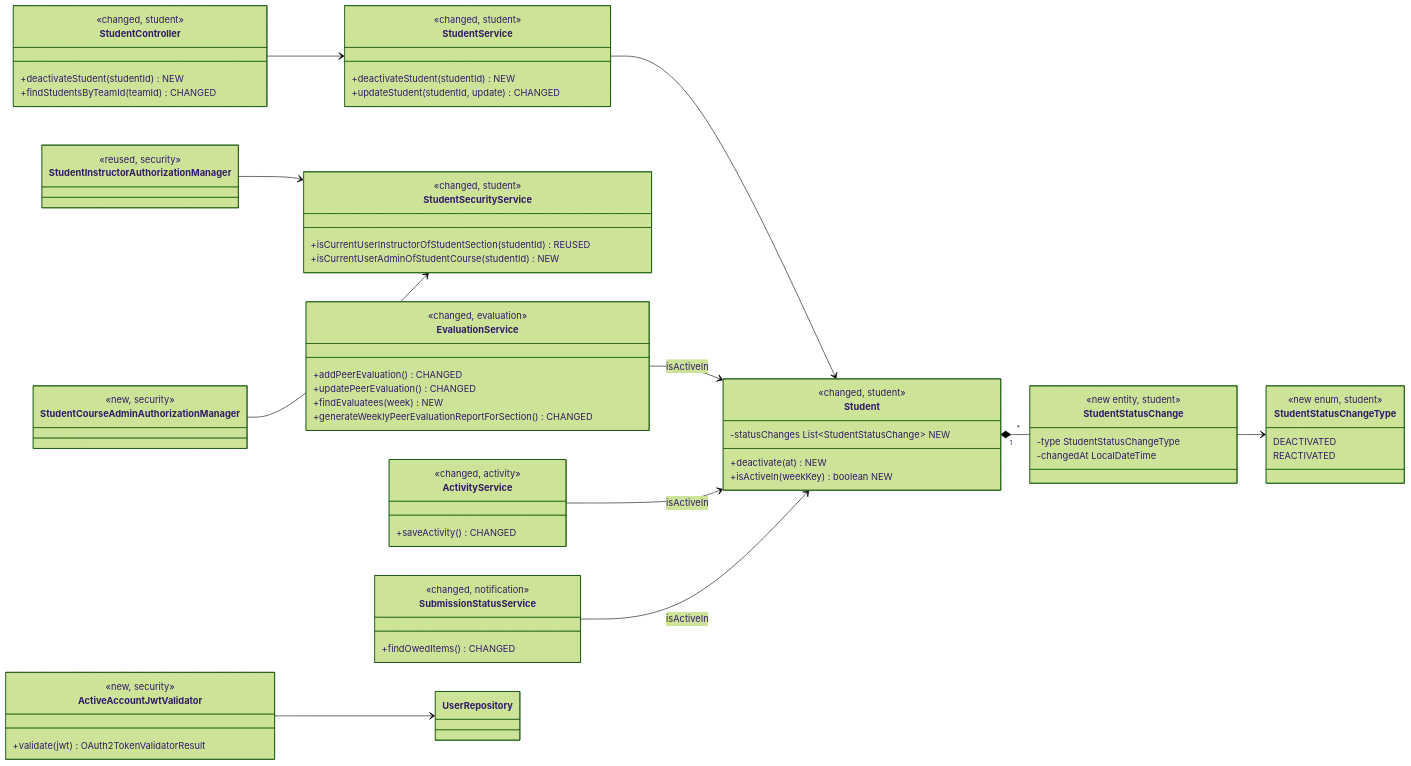
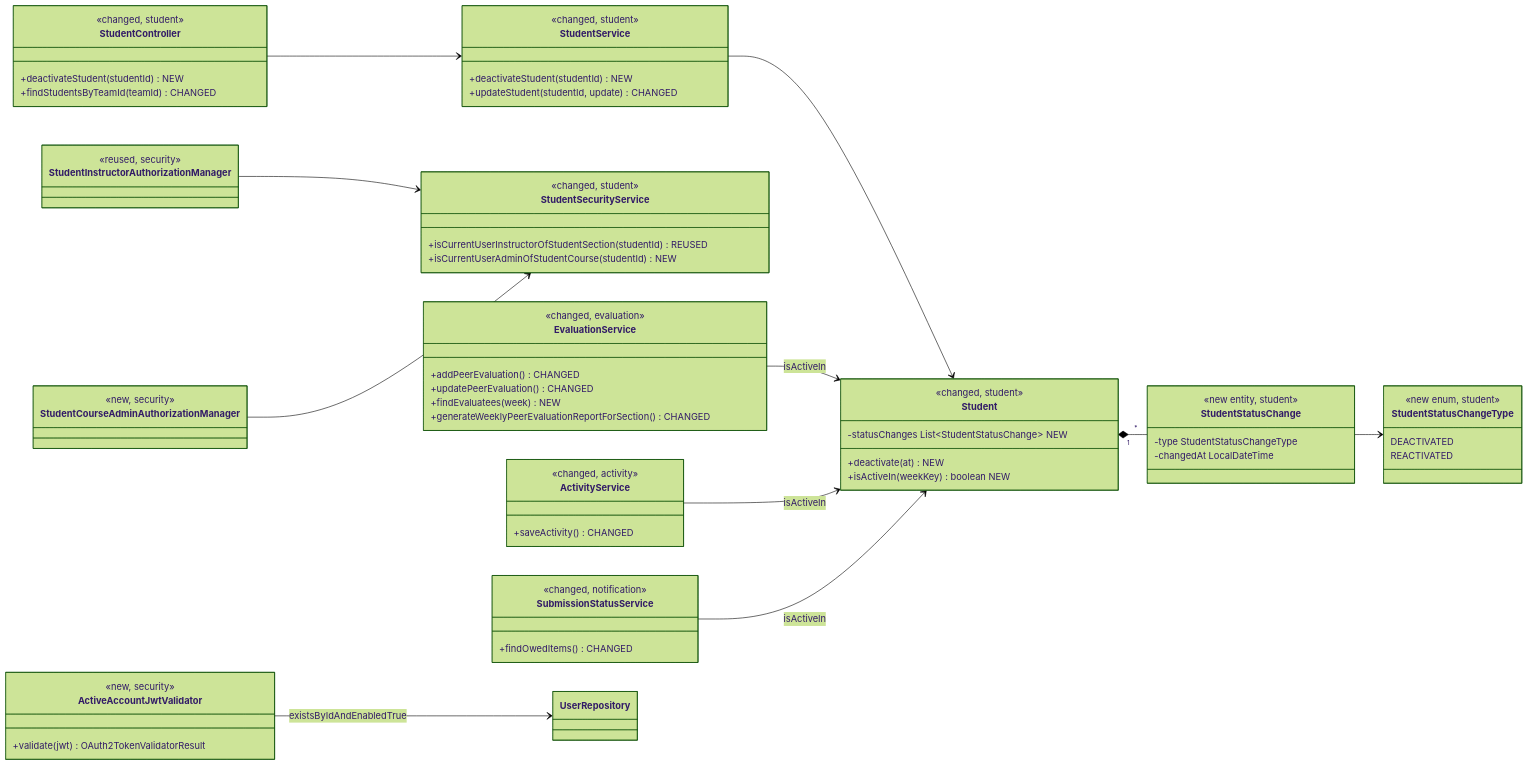
One commit to AJYORK88/add-a-use-case changed the first of 6 diagrams in docs/design/stu.md. Above: the diagram before and after it, drawn with Mermaid (forest theme). The commit also changed other lines of this file, not shown here.

````diff
--- a/docs/design/stu.md
+++ b/docs/design/stu.md
@@ -23,70 +23,70 @@
 ```mermaid
 classDiagram
     direction LR
     class Student {
         <<changed, student>>
         -statusChanges List~StudentStatusChange~ NEW
         +deactivate(at) NEW
         +isActiveIn(weekKey) boolean NEW
     }
     class StudentStatusChange {
         <<new entity, student>>
         -type StudentStatusChangeType
         -changedAt LocalDateTime
     }
     class StudentStatusChangeType {
         <<new enum, student>>
         DEACTIVATED
         REACTIVATED
     }
     class StudentController {
         <<changed, student>>
         +deactivateStudent(studentId) NEW
         +findStudentsByTeamId(teamId) CHANGED
     }
     class StudentService {
         <<changed, student>>
         +deactivateStudent(studentId) NEW
         +updateStudent(studentId, update) CHANGED
     }
     class StudentSecurityService {
         <<changed, student>>
         +isCurrentUserInstructorOfStudentSection(studentId) REUSED
         +isCurrentUserAdminOfStudentCourse(studentId) NEW
     }
     class StudentInstructorAuthorizationManager {
         <<reused, security>>
     }
     class StudentCourseAdminAuthorizationManager {
         <<new, security>>
     }
     class ActiveAccountJwtValidator {
         <<new, security>>
         +validate(jwt) OAuth2TokenValidatorResult
     }
     class EvaluationService {
         <<changed, evaluation>>
         +addPeerEvaluation() CHANGED
         +updatePeerEvaluation() CHANGED
         +findEvaluatees(week) NEW
         +generateWeeklyPeerEvaluationReportForSection() CHANGED
     }
     class ActivityService {
         <<changed, activity>>
         +saveActivity() CHANGED
     }
     class SubmissionStatusService {
         <<changed, notification>>
         +findOwedItems() CHANGED
     }
     Student "1" *-- "*" StudentStatusChange
     StudentStatusChange --> StudentStatusChangeType
     StudentController --> StudentService
     StudentService --> Student
     StudentInstructorAuthorizationManager --> StudentSecurityService
     StudentCourseAdminAuthorizationManager --> StudentSecurityService
-    ActiveAccountJwtValidator --> UserRepository
+    ActiveAccountJwtValidator --> UserRepository : existsByIdAndEnabledTrue
     EvaluationService --> Student : isActiveIn
     ActivityService --> Student : isActiveIn
     SubmissionStatusService --> Student : isActiveIn
 ```
````
